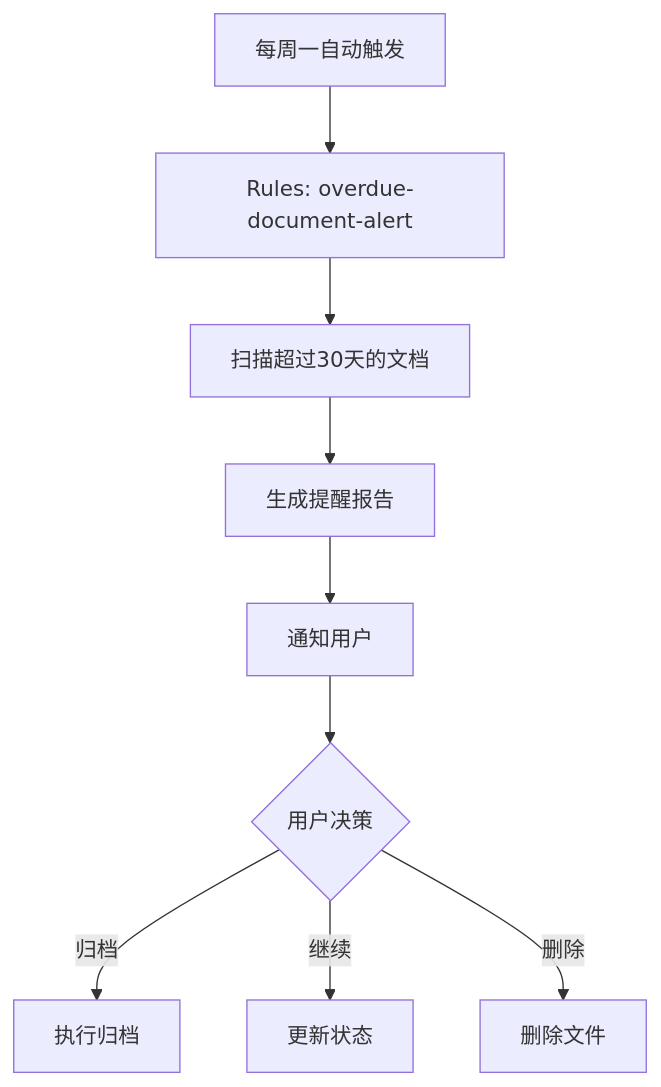
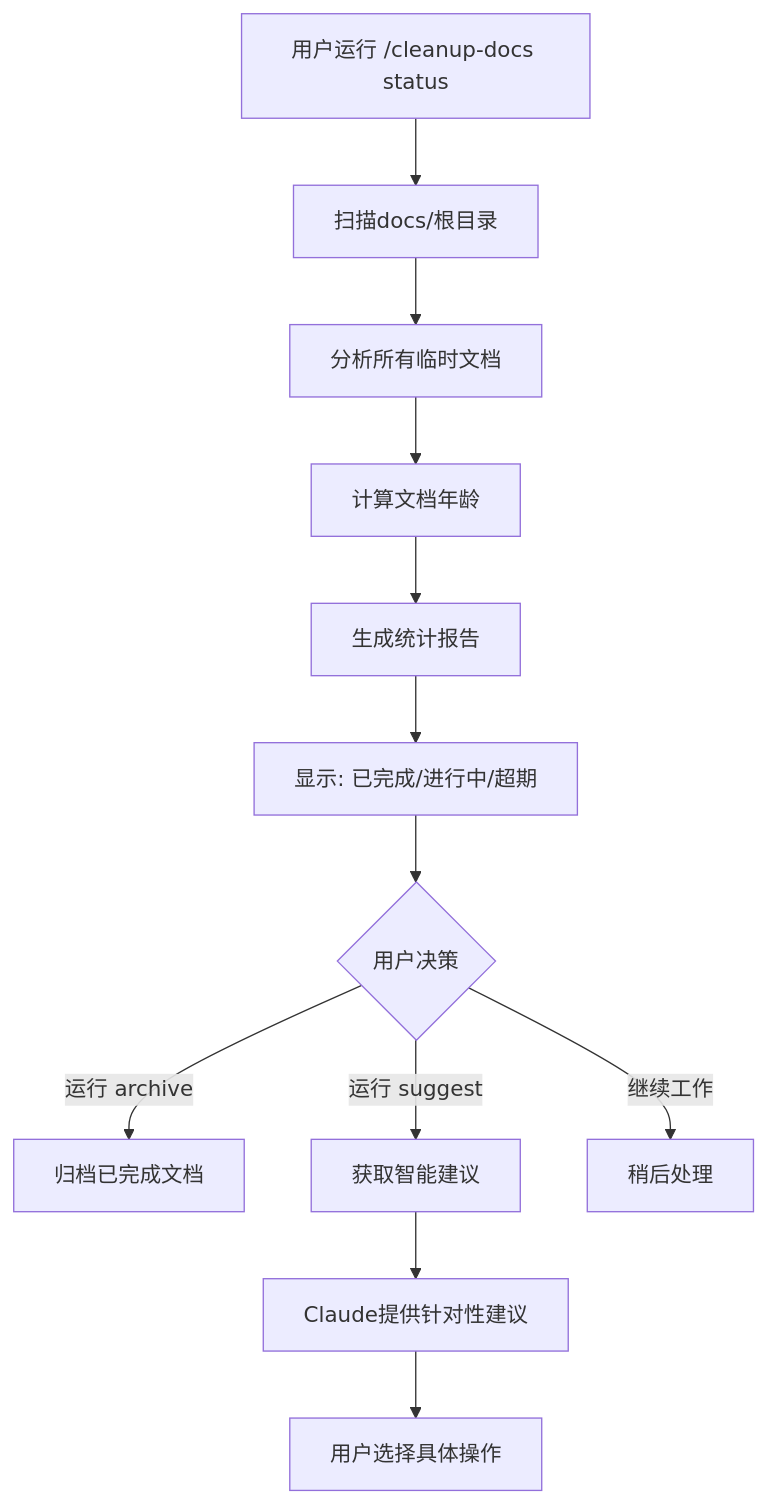
Before and after one commit to wmenjoy/bjtest: the third of 3 diagrams in docs/claude-code-cleanup-rules.md, drawn with Mermaid. The commit also changed other lines of this file and 1 other file, not shown here.

````diff
--- a/docs/claude-code-cleanup-rules.md
+++ b/docs/claude-code-cleanup-rules.md
@@ -399,11 +412,14 @@
 ```mermaid
 graph TD
-    A[每周一自动触发] --> B[Rules: overdue-document-alert]
-    B --> C[扫描超过30天的文档]
-    C --> D[生成提醒报告]
-    D --> E[通知用户]
-    E --> F{用户决策}
-    F -->|归档| G[执行归档]
-    F -->|继续| H[更新状态]
-    F -->|删除| I[删除文件]
+    A[用户运行 /cleanup-docs status] --> B[扫描docs/根目录]
+    B --> C[分析所有临时文档]
+    C --> D[计算文档年龄]
+    D --> E[生成统计报告]
+    E --> F[显示: 已完成/进行中/超期]
+    F --> G{用户决策}
+    G -->|运行 archive| H[归档已完成文档]
+    G -->|运行 suggest| I[获取智能建议]
+    G -->|继续工作| J[稍后处理]
+    I --> K[Claude提供针对性建议]
+    K --> L[用户选择具体操作]
 ```
````
